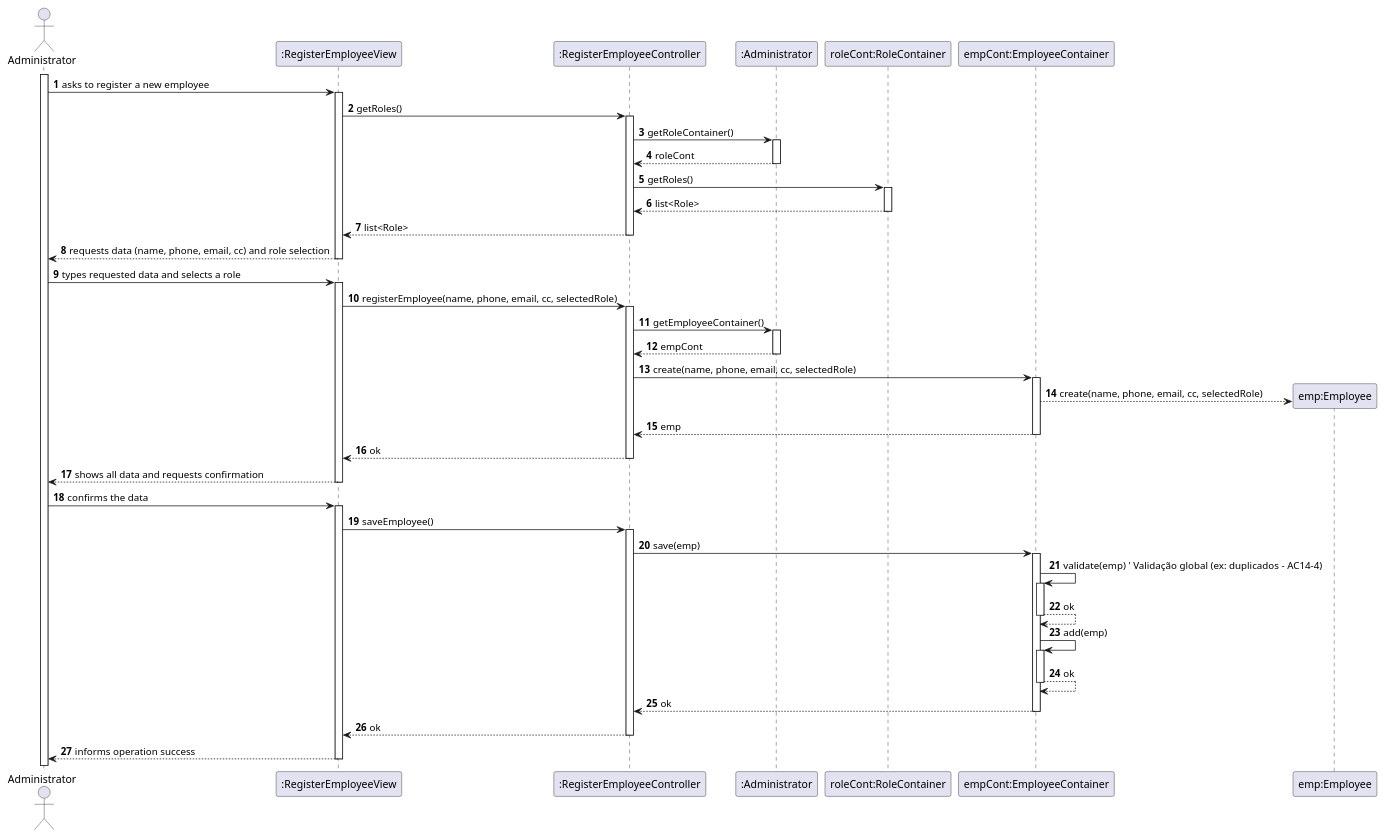
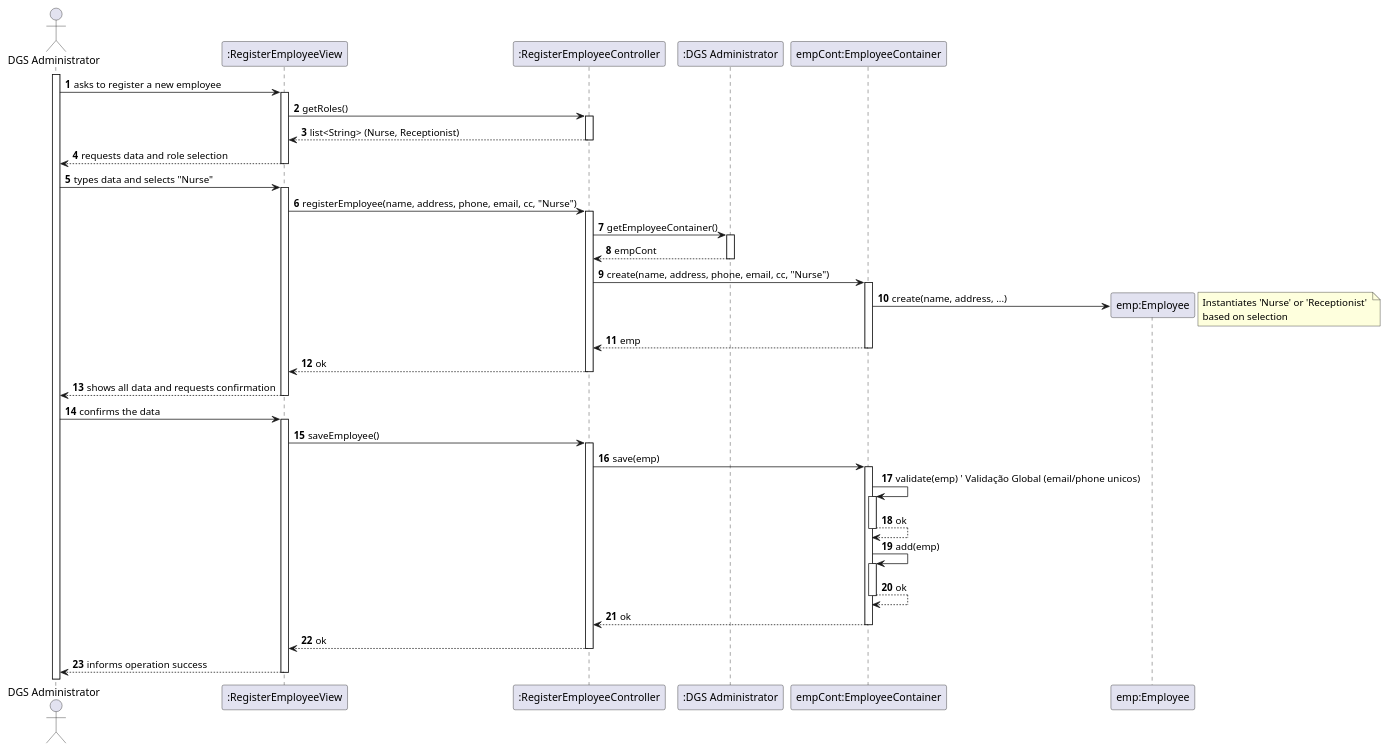
The diagram in project-template/docs/sprint2/US14/puml/US14-SD.puml (afonso51111/leti-esoft-25-26-A33), drawn with PlantUML before and after one commit. The commit also changed 8 other files, not shown here.

```diff
--- a/project-template/docs/sprint2/US14/puml/US14-SD.puml
+++ b/project-template/docs/sprint2/US14/puml/US14-SD.puml
@@ -1,51 +1,48 @@
 @startuml
-'https://plantuml-server.url.net/svg/
+'https://plantuml.com/sequence-diagram
 autoactivate on
 autonumber
 
-actor "Administrator" as User
+actor "DGS Administrator" as User
 participant ":RegisterEmployeeView" as View
 participant ":RegisterEmployeeController" as Ctrl
-participant ":Administrator" as Admin
-participant "roleCont:RoleContainer" as RoleCont
+participant ":DGS Administrator" as Admin
 participant "empCont:EmployeeContainer" as EmpCont
 participant "emp:Employee" as Emp
 
 activate User
 
 User -> View: asks to register a new employee
 
 View -> Ctrl: getRoles()
-Ctrl -> Admin: getRoleContainer()
-Admin --> Ctrl: roleCont
-Ctrl -> RoleCont: getRoles()
-RoleCont --> Ctrl: list<Role>
-Ctrl --> View: list<Role>
+Ctrl --> View: list<String> (Nurse, Receptionist)
 
-View --> User: requests data (name, phone, email, cc) and role selection
+View --> User: requests data and role selection
 
-User -> View: types requested data and selects a role
-View -> Ctrl: registerEmployee(name, phone, email, cc, selectedRole)
+User -> View: types data and selects "Nurse"
+View -> Ctrl: registerEmployee(name, address, phone, email, cc, "Nurse")
 
 Ctrl -> Admin: getEmployeeContainer()
 Admin --> Ctrl: empCont
-Ctrl -> EmpCont: create(name, phone, email, cc, selectedRole)
-EmpCont --> Emp**: create(name, phone, email, cc, selectedRole)
+Ctrl -> EmpCont: create(name, address, phone, email, cc, "Nurse")
+
+EmpCont -> Emp**: create(name, address, ...)
+note right: Instantiates 'Nurse' or 'Receptionist' \nbased on selection
 EmpCont --> Ctrl: emp
 Ctrl --> View: ok
 
 View --> User: shows all data and requests confirmation
 
 User -> View: confirms the data
 
 View -> Ctrl: saveEmployee()
 Ctrl -> EmpCont: save(emp)
-EmpCont -> EmpCont : validate(emp) ' Validação global (ex: duplicados - AC14-4)
+EmpCont -> EmpCont : validate(emp) ' Validação Global (email/phone unicos)
 EmpCont --> EmpCont : ok
 EmpCont -> EmpCont: add(emp)
 EmpCont --> EmpCont : ok
 EmpCont --> Ctrl: ok
 Ctrl --> View: ok
 
 View --> User: informs operation success
 @enduml
```
